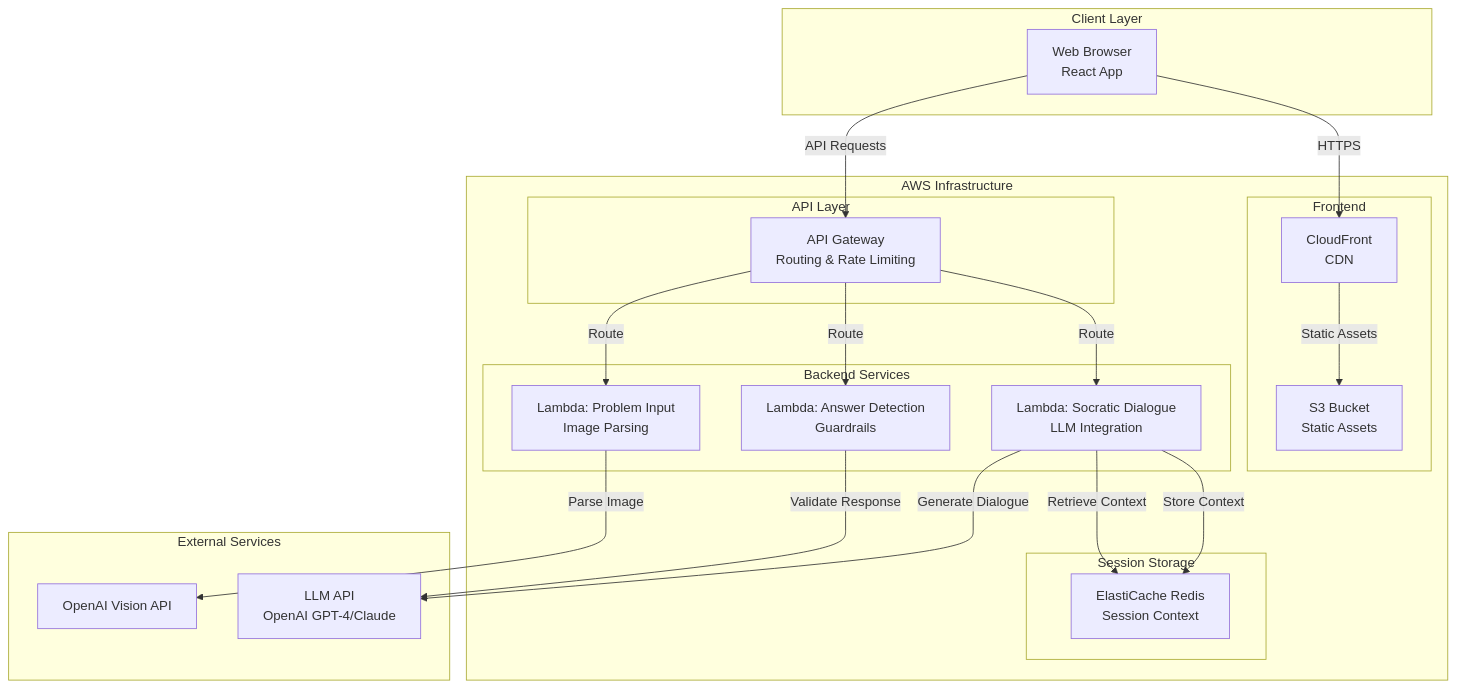
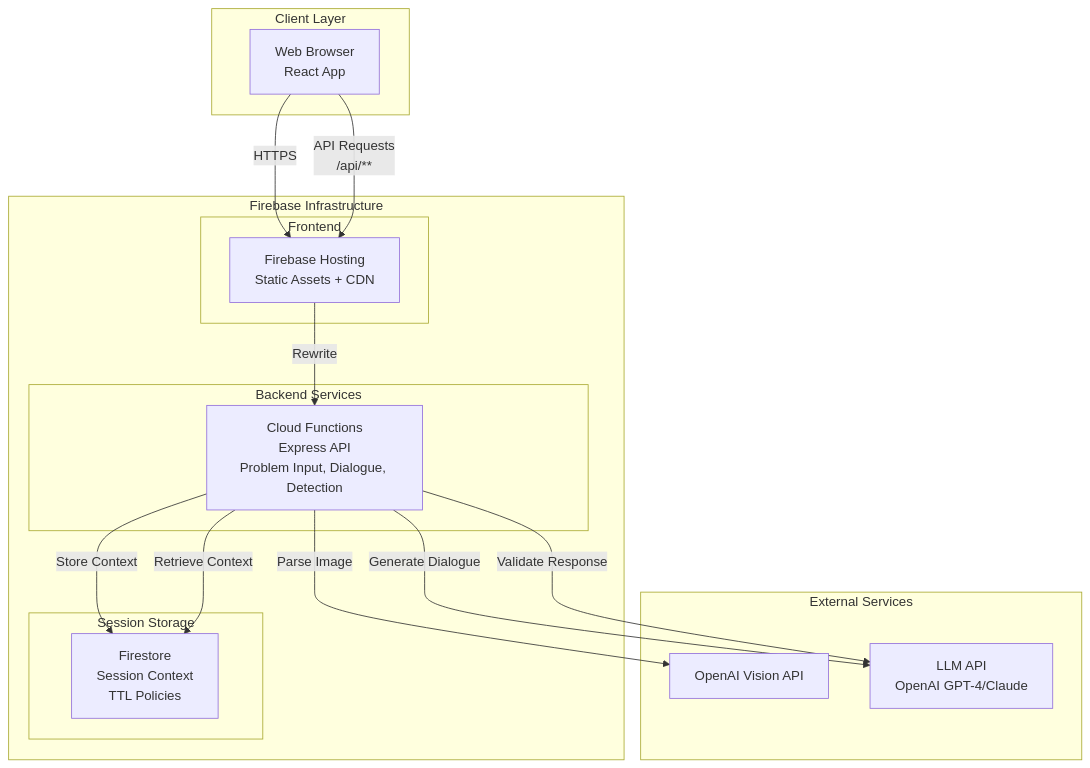
Before and after one commit to bluesam1/AI-Math-Tutor: the diagram in docs/architecture/high-level-architecture.md, drawn with Mermaid. The commit also changed other lines of this file and 42 other files, not shown here.

````diff
--- a/docs/architecture/high-level-architecture.md
+++ b/docs/architecture/high-level-architecture.md
@@ -58,44 +59,34 @@
 ```mermaid
 graph TB
     subgraph "Client Layer"
         Browser[Web Browser<br/>React App]
     end
 
-    subgraph "AWS Infrastructure"
+    subgraph "Firebase Infrastructure"
         subgraph "Frontend"
-            S3[S3 Bucket<br/>Static Assets]
-            CF[CloudFront<br/>CDN]
-        end
-
-        subgraph "API Layer"
-            APIGW[API Gateway<br/>Routing & Rate Limiting]
+            Hosting[Firebase Hosting<br/>Static Assets + CDN]
         end
 
         subgraph "Backend Services"
-            Lambda1[Lambda: Problem Input<br/>Image Parsing]
-            Lambda2[Lambda: Socratic Dialogue<br/>LLM Integration]
-            Lambda3[Lambda: Answer Detection<br/>Guardrails]
+            Functions[Cloud Functions<br/>Express API<br/>Problem Input, Dialogue, Detection]
         end
 
         subgraph "Session Storage"
-            Redis[ElastiCache Redis<br/>Session Context]
+            Firestore[Firestore<br/>Session Context<br/>TTL Policies]
         end
     end
 
     subgraph "External Services"
         VisionAPI[OpenAI Vision API]
         LLMAPI[LLM API<br/>OpenAI GPT-4/Claude]
     end
 
-    Browser -->|HTTPS| CF
-    CF -->|Static Assets| S3
-    Browser -->|API Requests| APIGW
-    APIGW -->|Route| Lambda1
-    APIGW -->|Route| Lambda2
-    APIGW -->|Route| Lambda3
-    Lambda1 -->|Parse Image| VisionAPI
-    Lambda2 -->|Generate Dialogue| LLMAPI
-    Lambda3 -->|Validate Response| LLMAPI
-    Lambda2 -->|Store Context| Redis
-    Lambda2 -->|Retrieve Context| Redis
+    Browser -->|HTTPS| Hosting
+    Browser -->|API Requests<br/>/api/**| Hosting
+    Hosting -->|Rewrite| Functions
+    Functions -->|Parse Image| VisionAPI
+    Functions -->|Generate Dialogue| LLMAPI
+    Functions -->|Validate Response| LLMAPI
+    Functions -->|Store Context| Firestore
+    Functions -->|Retrieve Context| Firestore
 ```
````
